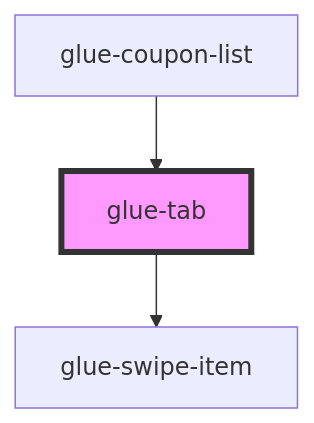
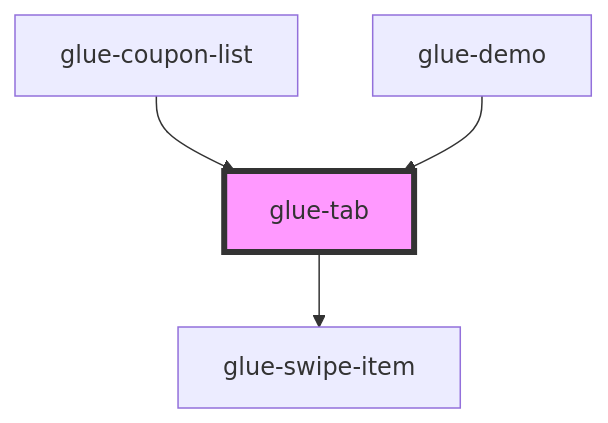
The diagram in packages/glue-components/src/components/glue-tab/readme.md (grasilife/glue), drawn with Mermaid before and after one commit. The commit also changed other lines of this file and 29 other files, not shown here.

Commit message:
完善Icon 图标文档

````diff
--- a/packages/glue-components/src/components/glue-tab/readme.md
+++ b/packages/glue-components/src/components/glue-tab/readme.md
@@ -33,6 +33,7 @@
 ```mermaid
 graph TD;
   glue-tab --> glue-swipe-item
   glue-coupon-list --> glue-tab
+  glue-demo --> glue-tab
   style glue-tab fill:#f9f,stroke:#333,stroke-width:4px
 ```
````
